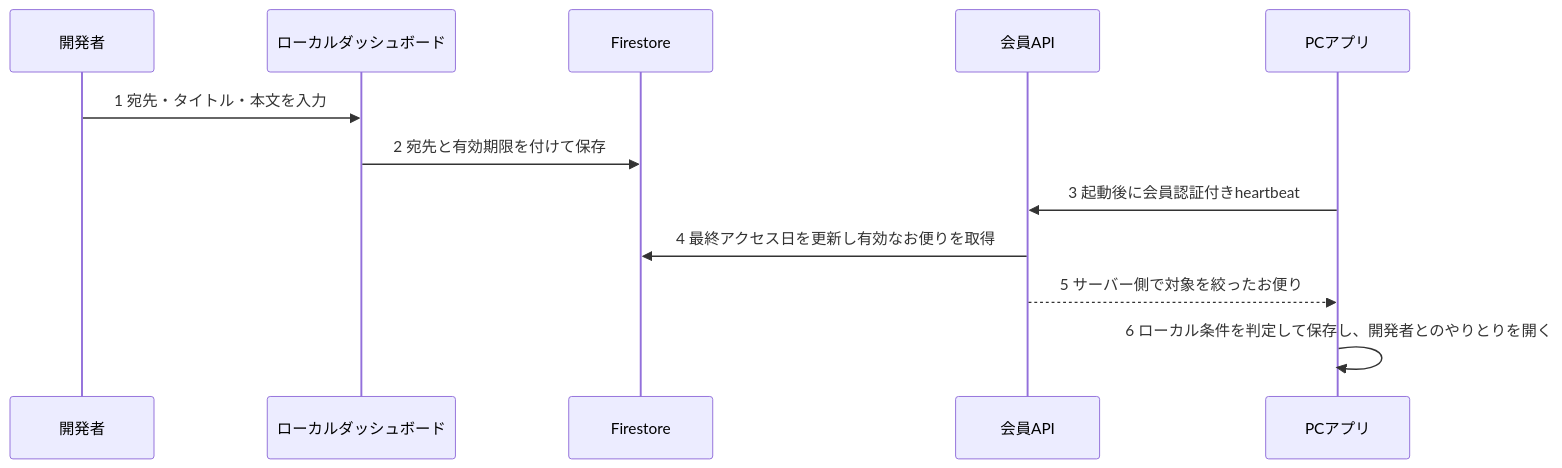
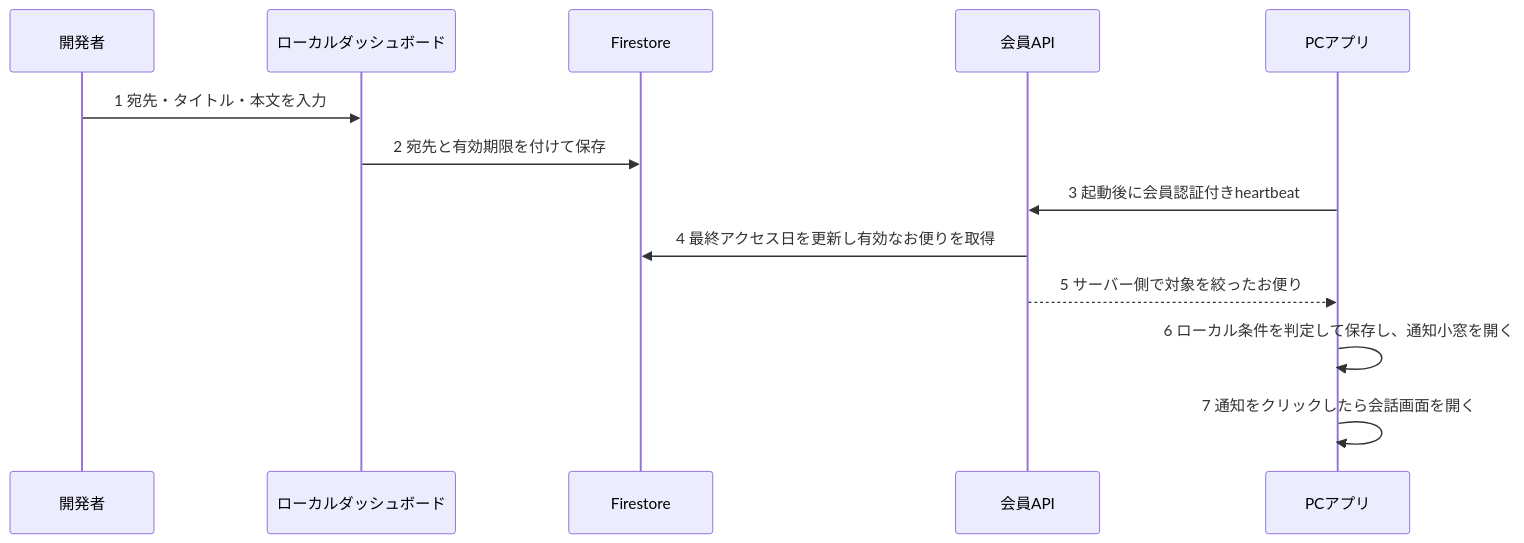
The third of 3 diagrams in docs-v2/009_MEMBERSHIP.md (ore-no-fusen/ore-no-fusen), drawn with Mermaid before and after one commit. The commit also changed other lines of this file and 6 other files, not shown here.

````diff
--- a/docs-v2/009_MEMBERSHIP.md
+++ b/docs-v2/009_MEMBERSHIP.md
@@ -85,14 +85,15 @@
 ```mermaid
 sequenceDiagram
     participant Dev as 開発者
     participant Dash as ローカルダッシュボード
     participant DB as Firestore
     participant API as 会員API
     participant PC as PCアプリ
     Dev->>Dash: 1 宛先・タイトル・本文を入力
     Dash->>DB: 2 宛先と有効期限を付けて保存
     PC->>API: 3 起動後に会員認証付きheartbeat
     API->>DB: 4 最終アクセス日を更新し有効なお便りを取得
     API-->>PC: 5 サーバー側で対象を絞ったお便り
-    PC->>PC: 6 ローカル条件を判定して保存し、開発者とのやりとりを開く
+    PC->>PC: 6 ローカル条件を判定して保存し、通知小窓を開く
+    PC->>PC: 7 通知をクリックしたら会話画面を開く
 ```
````
